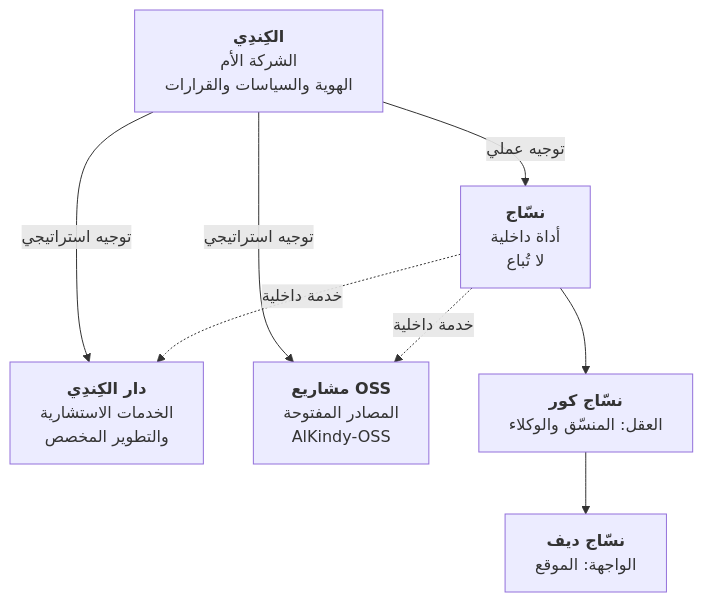
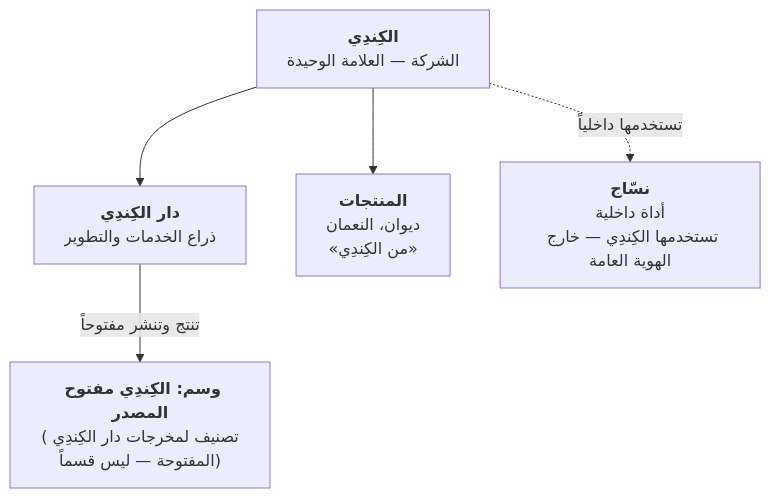
The first of 2 diagrams in docs/team-wiki/00-overview.md (Kindi-sa/nassaj-dev), drawn with Mermaid before and after one commit. The commit also changed other lines of this file and 5 other files, not shown here.

````diff
--- a/docs/team-wiki/00-overview.md
+++ b/docs/team-wiki/00-overview.md
@@ -9,24 +9,13 @@
 ```mermaid
 graph TD
-    Kindy["<b>الكِندِي</b><br/>الشركة الأم<br/>الهوية والسياسات والقرارات"]
+    A["<b>الكِندِي</b><br/>الشركة — العلامة الوحيدة"]
+    B["<b>دار الكِندِي</b><br/>ذراع الخدمات والتطوير"]
+    C["<b>وسم: الكِندِي مفتوح المصدر</b><br/>(تصنيف لمخرجات دار الكِندِي المفتوحة — ليس قسماً)"]
+    D["<b>المنتجات</b><br/>ديوان، النعمان<br/>«من الكِندِي»"]
+    E["<b>نسّاج</b><br/>أداة داخلية<br/>تستخدمها الكِندِي — خارج الهوية العامة"]
     
-    DarAlKindy["<b>دار الكِندِي</b><br/>الخدمات الاستشارية<br/>والتطوير المخصص"]
-    
-    OSS["<b>مشاريع OSS</b><br/>المصادر المفتوحة<br/>AlKindy-OSS"]
-    
-    Nassaj["<b>نسّاج</b><br/>أداة داخلية<br/>لا تُباع"]
-    
-    NassajCore["<b>نسّاج كور</b><br/>العقل: المنسّق والوكلاء"]
-    
-    NassajDev["<b>نسّاج ديف</b><br/>الواجهة: الموقع"]
-    
-    Kindy -->|توجيه استراتيجي| DarAlKindy
-    Kindy -->|توجيه استراتيجي| OSS
-    Kindy -->|توجيه عملي| Nassaj
-    
-    Nassaj -.->|خدمة داخلية| DarAlKindy
-    Nassaj -.->|خدمة داخلية| OSS
-    
-    Nassaj --> NassajCore
-    NassajCore --> NassajDev
+    A --> B
+    A --> D
+    A -.->|تستخدمها داخلياً| E
+    B -->|تنتج وتنشر مفتوحاً| C
 ```
````
